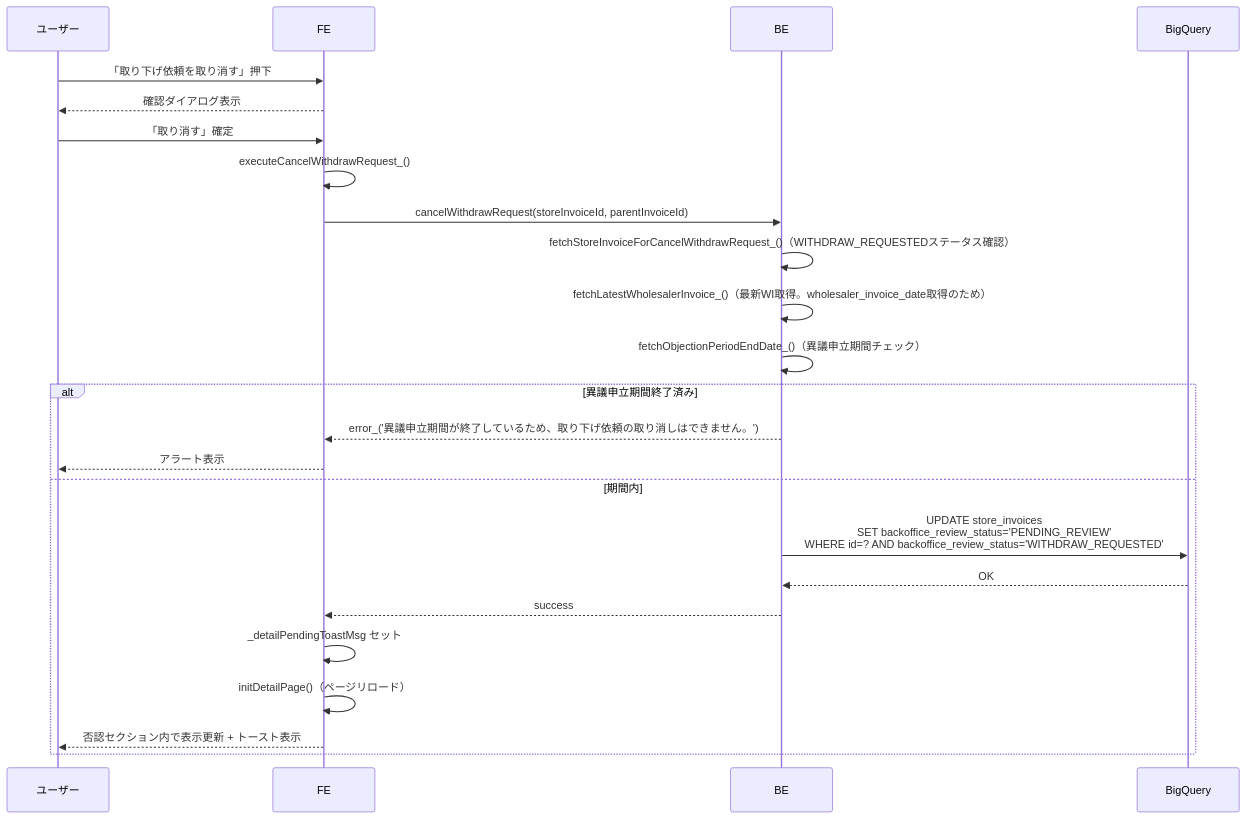
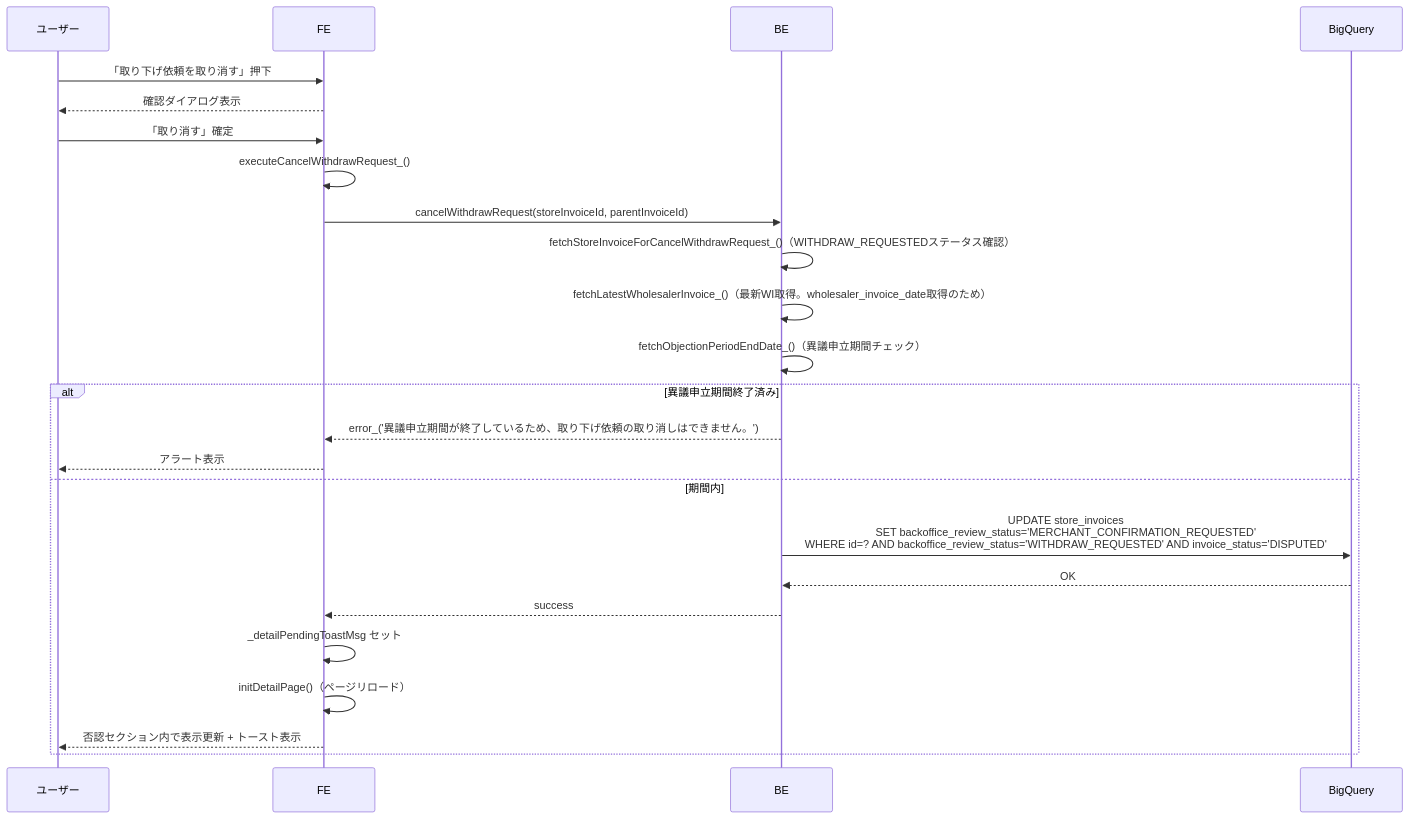
Diagram 14 of 17 in docs/specifications/04_detail_page.md (USEN-PAY-Products/connect-wholesale-gas-poc), drawn with Mermaid before and after one commit. The commit also changed other lines of this file and 1 other file, not shown here.

````diff
--- a/docs/specifications/04_detail_page.md
+++ b/docs/specifications/04_detail_page.md
@@ -388,28 +388,28 @@
 ```mermaid
 sequenceDiagram
     participant U as ユーザー
     participant FE as FE
     participant BE as BE
     participant BQ as BigQuery
 
     U->>FE: 「取り下げ依頼を取り消す」押下
     FE-->>U: 確認ダイアログ表示
 
     U->>FE: 「取り消す」確定
     FE->>FE: executeCancelWithdrawRequest_()
     FE->>BE: cancelWithdrawRequest(storeInvoiceId, parentInvoiceId)
     BE->>BE: fetchStoreInvoiceForCancelWithdrawRequest_()（WITHDRAW_REQUESTEDステータス確認）
     BE->>BE: fetchLatestWholesalerInvoice_()（最新WI取得。wholesaler_invoice_date取得のため）
     BE->>BE: fetchObjectionPeriodEndDate_()（異議申立期間チェック）
     alt 異議申立期間終了済み
         BE-->>FE: error_('異議申立期間が終了しているため、取り下げ依頼の取り消しはできません。')
         FE-->>U: アラート表示
     else 期間内
-        BE->>BQ: UPDATE store_invoices<br/>SET backoffice_review_status='PENDING_REVIEW'<br/>WHERE id=? AND backoffice_review_status='WITHDRAW_REQUESTED'
+        BE->>BQ: UPDATE store_invoices<br/>SET backoffice_review_status='MERCHANT_CONFIRMATION_REQUESTED'<br/>WHERE id=? AND backoffice_review_status='WITHDRAW_REQUESTED' AND invoice_status='DISPUTED'
         BQ-->>BE: OK
         BE-->>FE: success
         FE->>FE: _detailPendingToastMsg セット
         FE->>FE: initDetailPage()（ページリロード）
         FE-->>U: 否認セクション内で表示更新 + トースト表示
     end
 ```
````
